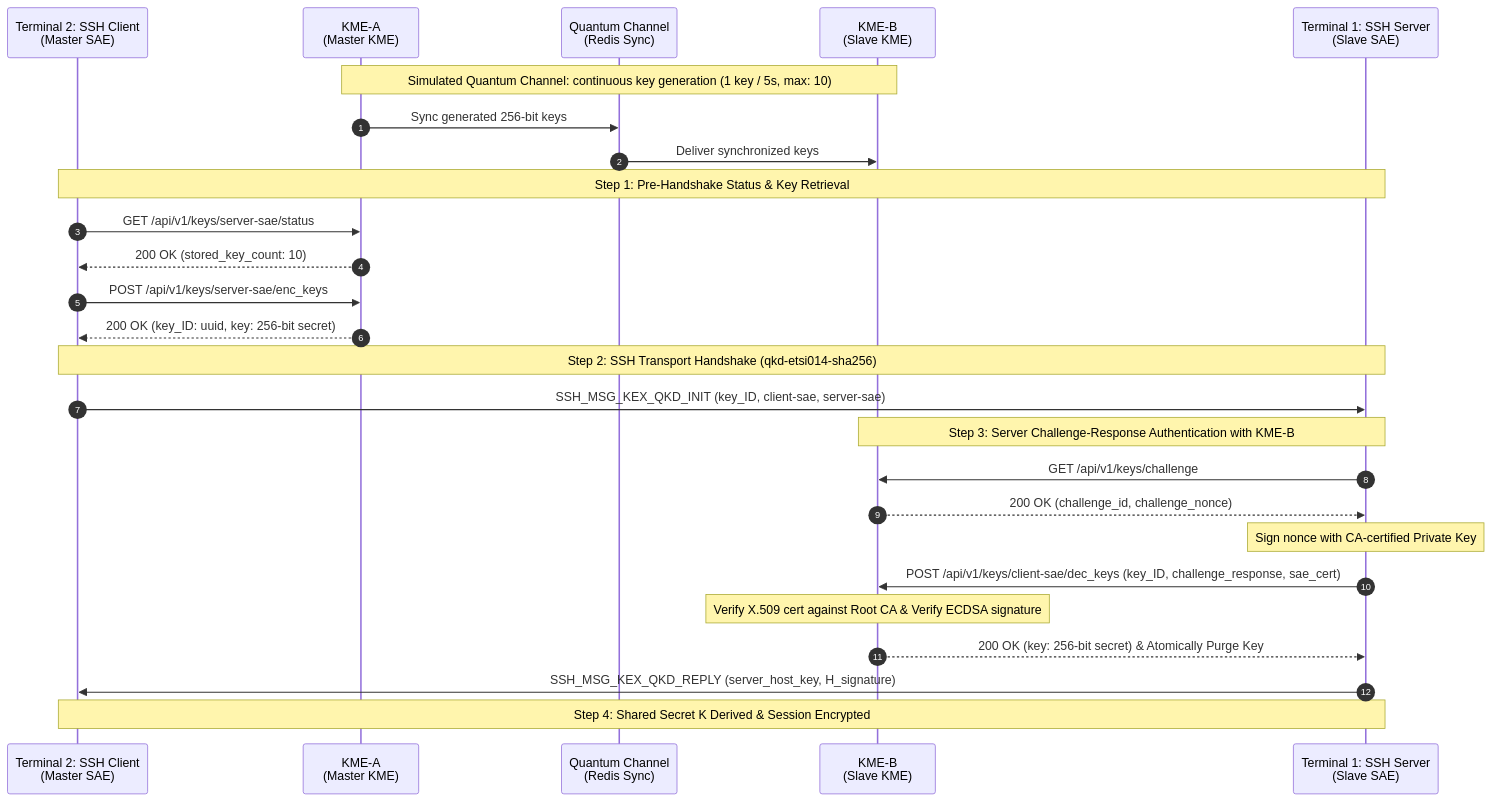
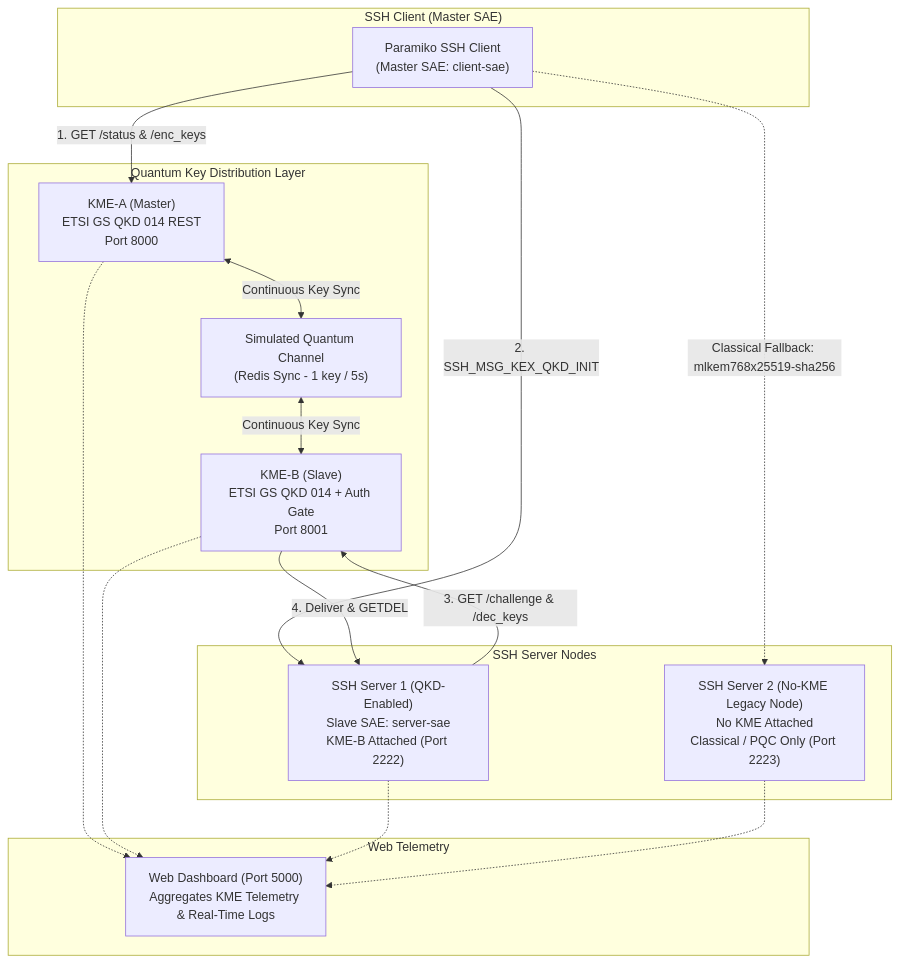
The diagram in Doc.md (Kanishk-mittal/BTP-Implementaion), drawn with Mermaid before and after one commit. The commit also changed other lines of this file and 8 other files, not shown here.

Commit message:
feat(v2): add real-time web dashboard and no-KME fallback node (server2)

````diff
--- a/Doc.md
+++ b/Doc.md
@@ -16,33 +18,35 @@
 ```mermaid
-sequenceDiagram
-    autonumber
-    participant Client as Terminal 2: SSH Client<br/>(Master SAE)
-    participant KMEA as KME-A<br/>(Master KME)
-    participant Channel as Quantum Channel<br/>(Redis Sync)
-    participant KMEB as KME-B<br/>(Slave KME)
-    participant Server as Terminal 1: SSH Server<br/>(Slave SAE)
+flowchart TD
+    subgraph ClientHost["SSH Client (Master SAE)"]
+        Client["Paramiko SSH Client<br/>(Master SAE: client-sae)"]
+    end
 
-    Note over KMEA,KMEB: Simulated Quantum Channel: continuous key generation (1 key / 5s, max: 10)
-    KMEA->>Channel: Sync generated 256-bit keys
-    Channel->>KMEB: Deliver synchronized keys
+    subgraph QKD_Infrastructure["Quantum Key Distribution Layer"]
+        KMEA["KME-A (Master)<br/>ETSI GS QKD 014 REST<br/>Port 8000"]
+        QLink["Simulated Quantum Channel<br/>(Redis Sync - 1 key / 5s)"]
+        KMEB["KME-B (Slave)<br/>ETSI GS QKD 014 + Auth Gate<br/>Port 8001"]
+        KMEA <-->|Continuous Key Sync| QLink
+        QLink <-->|Continuous Key Sync| KMEB
+    end
 
-    Note over Client,Server: Step 1: Pre-Handshake Status & Key Retrieval
-    Client->>KMEA: GET /api/v1/keys/server-sae/status
-    KMEA-->>Client: 200 OK (stored_key_count: 10)
-    Client->>KMEA: POST /api/v1/keys/server-sae/enc_keys
-    KMEA-->>Client: 200 OK (key_ID: uuid, key: 256-bit secret)
+    subgraph Server_Nodes["SSH Server Nodes"]
+        Server1["SSH Server 1 (QKD-Enabled)<br/>Slave SAE: server-sae<br/>KME-B Attached (Port 2222)"]
+        Server2["SSH Server 2 (No-KME Legacy Node)<br/>No KME Attached<br/>Classical / PQC Only (Port 2223)"]
+    end
 
-    Note over Client,Server: Step 2: SSH Transport Handshake (qkd-etsi014-sha256)
-    Client->>Server: SSH_MSG_KEX_QKD_INIT (key_ID, client-sae, server-sae)
+    subgraph Dashboard_Layer["Web Telemetry"]
+        Dash["Web Dashboard (Port 5000)<br/>Aggregates KME Telemetry & Real-Time Logs"]
+    end
 
-    Note over Server,KMEB: Step 3: Server Challenge-Response Authentication with KME-B
-    Server->>KMEB: GET /api/v1/keys/challenge
-    KMEB-->>Server: 200 OK (challenge_id, challenge_nonce)
-    Note over Server: Sign nonce with CA-certified Private Key
-    Server->>KMEB: POST /api/v1/keys/client-sae/dec_keys (key_ID, challenge_response, sae_cert)
-    Note over KMEB: Verify X.509 cert against Root CA & Verify ECDSA signature
-    KMEB-->>Server: 200 OK (key: 256-bit secret) & Atomically Purge Key
+    Client -->|1. GET /status & /enc_keys| KMEA
+    Client -->|2. SSH_MSG_KEX_QKD_INIT| Server1
+    Server1 -->|3. GET /challenge & /dec_keys| KMEB
+    KMEB -->|4. Deliver & GETDEL| Server1
 
-    Server->>Client: SSH_MSG_KEX_QKD_REPLY (server_host_key, H_signature)
-    Note over Client,Server: Step 4: Shared Secret K Derived & Session Encrypted
+    Client -.->|Classical Fallback: mlkem768x25519-sha256| Server2
+
+    KMEA -.-> Dash
+    KMEB -.-> Dash
+    Server1 -.-> Dash
+    Server2 -.-> Dash
 ```
````
